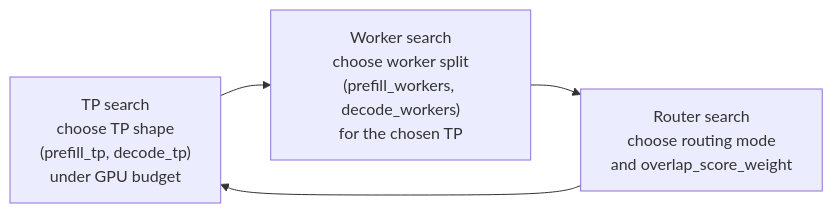
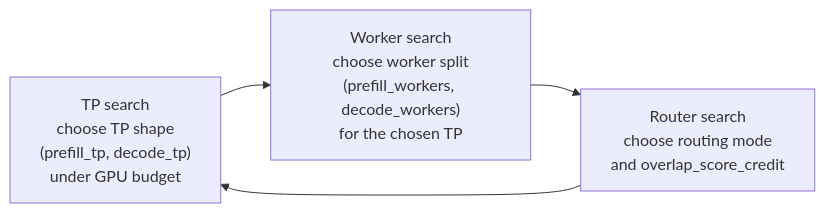
Before and after one commit to ai-dynamo/dynamo: the diagram in components/src/dynamo/profiler/utils/replay_optimize/README.md, drawn with Mermaid. The commit also changed other lines of this file and 48 other files, not shown here.

Commit message:
rename router overlap weight cleanly

````diff
--- a/components/src/dynamo/profiler/utils/replay_optimize/README.md
+++ b/components/src/dynamo/profiler/utils/replay_optimize/README.md
@@ -147,6 +147,6 @@
 ```mermaid
 flowchart LR
     A["TP search<br/>choose TP shape<br/>(prefill_tp, decode_tp)<br/>under GPU budget"] --> B["Worker search<br/>choose worker split<br/>(prefill_workers, decode_workers)<br/>for the chosen TP"]
-    B --> C["Router search<br/>choose routing mode<br/>and overlap_score_weight"]
+    B --> C["Router search<br/>choose routing mode<br/>and overlap_score_credit"]
     C --> A
 ```
````
